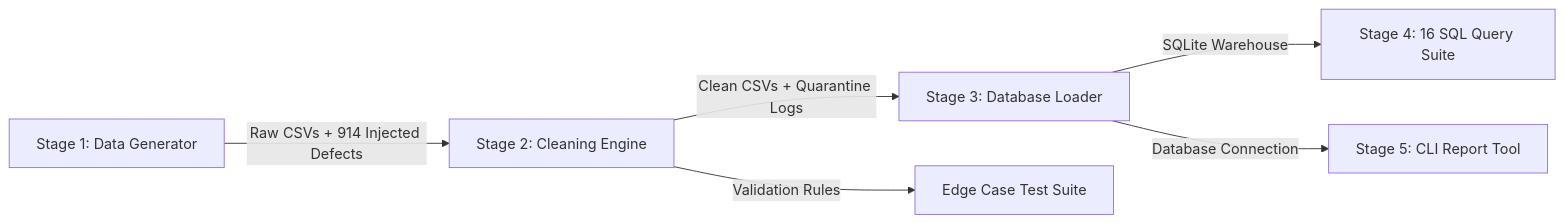
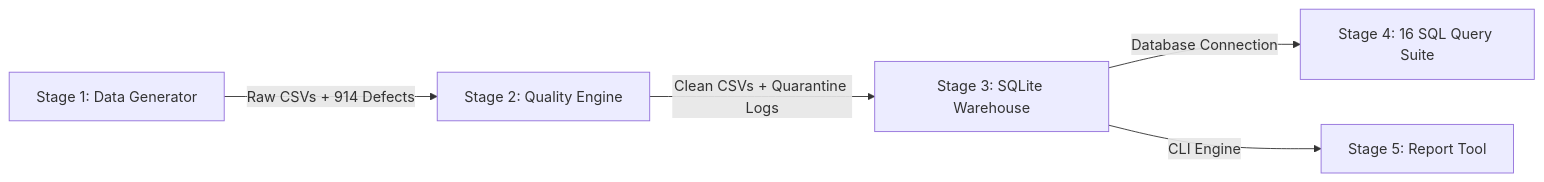
The fifth of 6 diagrams in README.md (SubhodeepSamanta/CelebalAssignments), drawn with Mermaid before and after one commit. The commit also changed other lines of this file and 58 other files, not shown here.

````diff
--- a/README.md
+++ b/README.md
@@ -364,8 +361,7 @@
 ```mermaid
 flowchart LR
-    S1[Stage 1: Data Generator] -->|Raw CSVs + 914 Injected Defects| S2[Stage 2: Cleaning Engine]
-    S2 -->|Clean CSVs + Quarantine Logs| S3[Stage 3: Database Loader]
-    S3 -->|SQLite Warehouse| S4[Stage 4: 16 SQL Query Suite]
-    S3 -->|Database Connection| S5[Stage 5: CLI Report Tool]
-    S2 -->|Validation Rules| TEST[Edge Case Test Suite]
+    S1[Stage 1: Data Generator] -->|Raw CSVs + 914 Defects| S2[Stage 2: Quality Engine]
+    S2 -->|Clean CSVs + Quarantine Logs| S3[Stage 3: SQLite Warehouse]
+    S3 -->|Database Connection| S4[Stage 4: 16 SQL Query Suite]
+    S3 -->|CLI Engine| S5[Stage 5: Report Tool]
 ```
````
